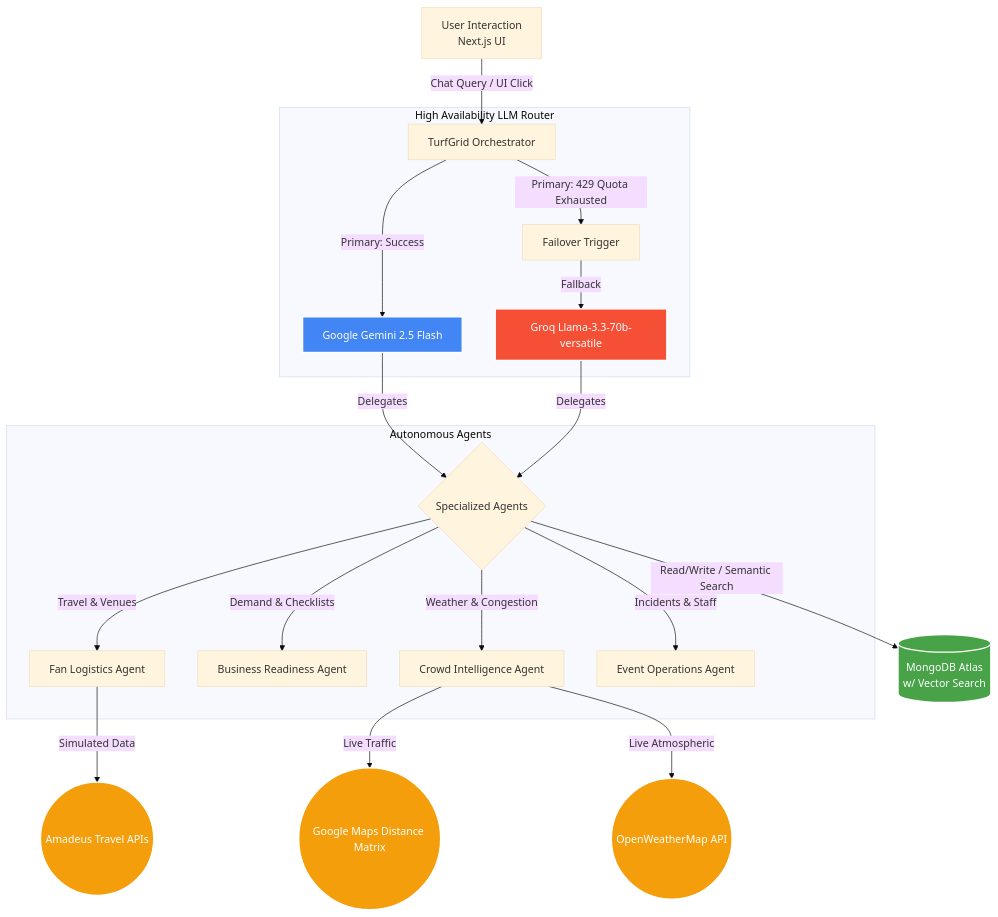
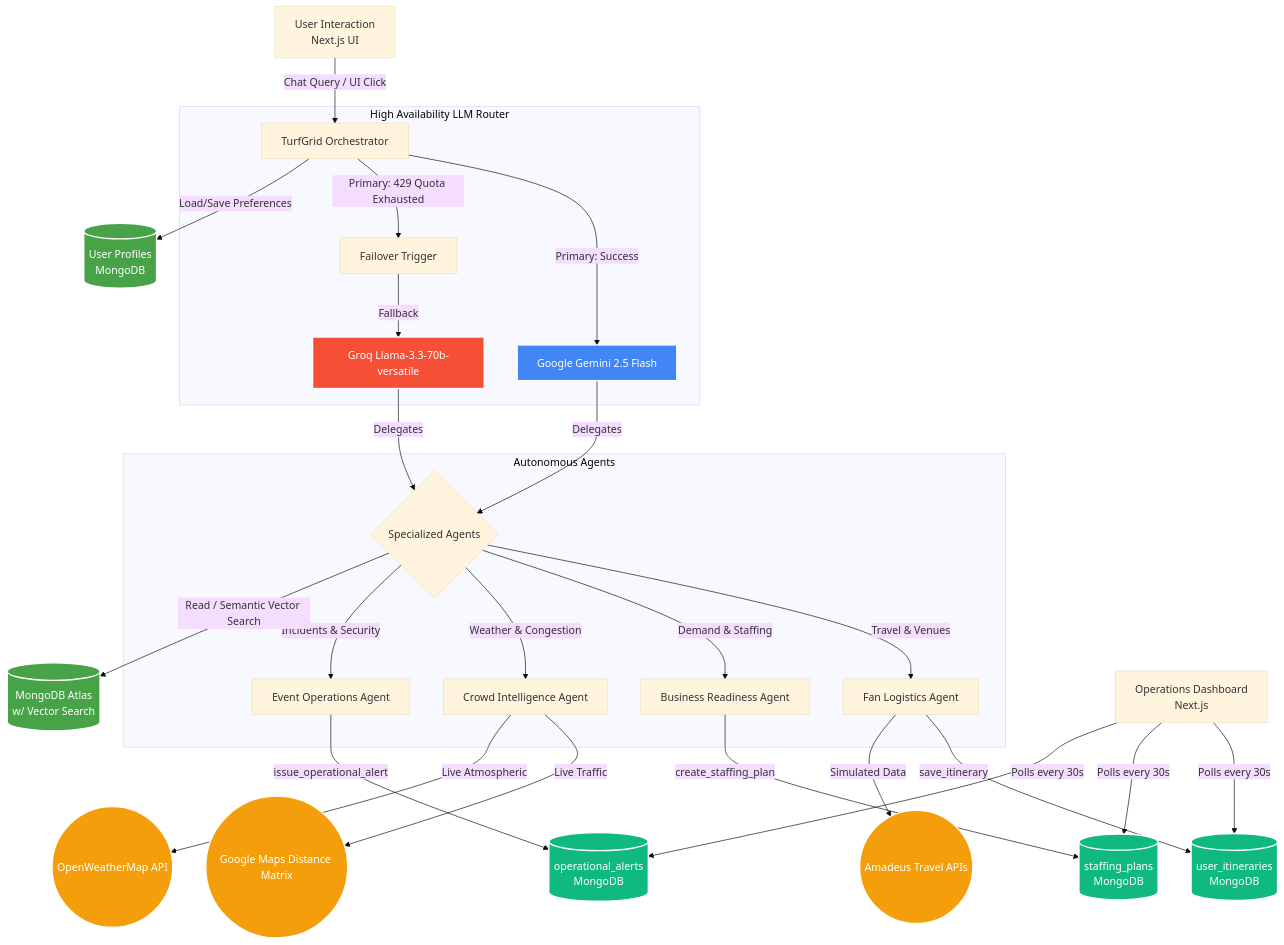
The diagram in README.md (ayus1234/turfgrid-ai), drawn with Mermaid (base theme) before and after one commit. The commit also changed other lines of this file, not shown here.

Commit message:
docs: update project architecture tree and workflow diagram for v2.0
- Architecture tree now shows action_tools.py, memory_tools.py, and updated descriptions
- Mermaid workflow diagram now shows:
  - State-altering writes (save_itinerary, create_staffing_plan, issue_alert) as green nodes
  - Persistent user memory (User Profiles collection)
  - Operations Dashboard polling MongoDB every 30s
  - All new MongoDB collections (user_itineraries, staffing_plans, operational_alerts)

````diff
--- a/README.md
+++ b/README.md
@@ -93,44 +100,59 @@
 ```mermaid
 graph TD
     %% User Interaction
-    U[User Interaction<br/>Next.js UI] -->|Chat Query / UI Click| O
+    U["User Interaction<br/>Next.js UI"] -->|Chat Query / UI Click| O
     
     %% Orchestrator & High Availability
-    subgraph High Availability LLM Router
+    subgraph "High Availability LLM Router"
         O[TurfGrid Orchestrator]
-        O -->|Primary: Success| G[Google Gemini 2.5 Flash]
+        O -->|Primary: Success| G["Google Gemini 2.5 Flash"]
         O -->|Primary: 429 Quota Exhausted| F[Failover Trigger]
-        F -->|Fallback| L[Groq Llama-3.3-70b-versatile]
+        F -->|Fallback| L["Groq Llama-3.3-70b-versatile"]
     end
+
+    %% User Memory
+    O -->|Load/Save Preferences| MEM[("User Profiles<br/>MongoDB")]
 
     %% Specialized Agents
     G -->|Delegates| SA
     L -->|Delegates| SA
 
-    subgraph Autonomous Agents
+    subgraph "Autonomous Agents"
         SA{Specialized Agents}
-        SA -->|Travel & Venues| FL[Fan Logistics Agent]
-        SA -->|Demand & Checklists| BR[Business Readiness Agent]
-        SA -->|Weather & Congestion| CI[Crowd Intelligence Agent]
-        SA -->|Incidents & Staff| EO[Event Operations Agent]
+        SA -->|Travel & Venues| FL["Fan Logistics Agent"]
+        SA -->|Demand & Staffing| BR["Business Readiness Agent"]
+        SA -->|Weather & Congestion| CI["Crowd Intelligence Agent"]
+        SA -->|Incidents & Security| EO["Event Operations Agent"]
     end
 
+    %% State-Altering Actions (v2.0)
+    FL -->|save_itinerary| DB_ITN[("user_itineraries<br/>MongoDB")]
+    BR -->|create_staffing_plan| DB_STP[("staffing_plans<br/>MongoDB")]
+    EO -->|issue_operational_alert| DB_ALT[("operational_alerts<br/>MongoDB")]
+
     %% External APIs & Tools
-    FL -->|Simulated Data| T1((Amadeus Travel APIs))
-    CI -->|Live Traffic| T2((Google Maps Distance Matrix))
-    CI -->|Live Atmospheric| T3((OpenWeatherMap API))
+    FL -->|Simulated Data| T1(("Amadeus Travel APIs"))
+    CI -->|Live Traffic| T2(("Google Maps Distance Matrix"))
+    CI -->|Live Atmospheric| T3(("OpenWeatherMap API"))
 
-    %% Database
-    SA -->|Read/Write / Semantic Search| DB[(MongoDB Atlas<br/>w/ Vector Search)]
+    %% Database — Read Path
+    SA -->|"Read / Semantic Vector Search"| DB[("MongoDB Atlas<br/>w/ Vector Search")]
+
+    %% Dashboard reads persisted state
+    DASH["Operations Dashboard<br/>Next.js"] -->|Polls every 30s| DB_ITN
+    DASH -->|Polls every 30s| DB_STP
+    DASH -->|Polls every 30s| DB_ALT
     
     %% Styling
     classDef primary fill:#4285F4,stroke:#fff,stroke-width:2px,color:#fff;
     classDef fallback fill:#F55036,stroke:#fff,stroke-width:2px,color:#fff;
     classDef db fill:#47A248,stroke:#fff,stroke-width:2px,color:#fff;
     classDef tool fill:#f59e0b,stroke:#fff,stroke-width:2px,color:#fff;
+    classDef action fill:#10b981,stroke:#fff,stroke-width:2px,color:#fff;
     
     class G primary;
     class L fallback;
-    class DB db;
+    class DB,MEM db;
+    class DB_ITN,DB_STP,DB_ALT action;
     class T1,T2,T3 tool;
 ```
````
